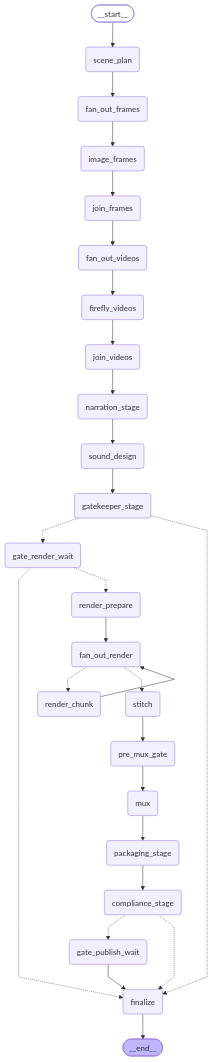
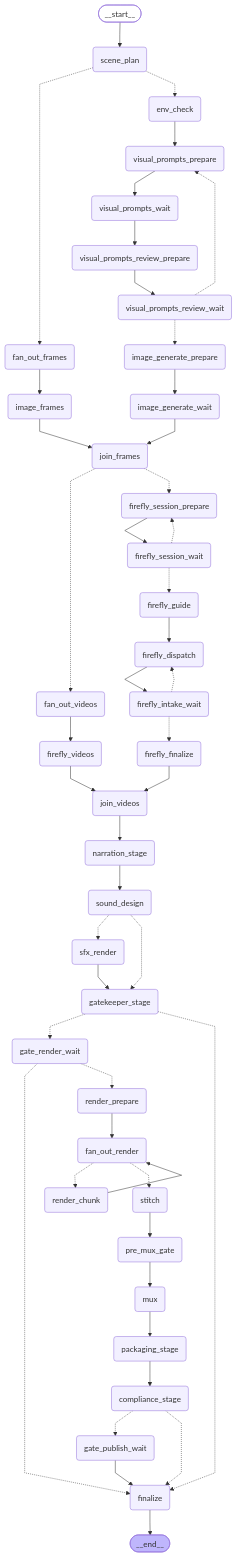
One commit to vickhenriqueztorres-source/hsl-video-studio changed the diagram in docs/graph/production.mmd. Above: the diagram before and after it, drawn with Mermaid. The commit also changed 36 other files, not shown here.

Commit message:
phase2: add real Kling media graph

```diff
--- a/docs/graph/production.mmd
+++ b/docs/graph/production.mmd
@@ -1,54 +1,88 @@
 %%{init: {'flowchart': {'curve': 'linear'}}}%%
 graph TD;
 	__start__([<p>__start__</p>]):::first
 	scene_plan(scene_plan)
+	env_check(env_check)
+	visual_prompts_prepare(visual_prompts_prepare)
+	visual_prompts_wait(visual_prompts_wait)
+	visual_prompts_review_prepare(visual_prompts_review_prepare)
+	visual_prompts_review_wait(visual_prompts_review_wait)
+	image_generate_prepare(image_generate_prepare)
+	image_generate_wait(image_generate_wait)
 	fan_out_frames(fan_out_frames)
 	image_frames(image_frames)
 	join_frames(join_frames)
+	firefly_session_prepare(firefly_session_prepare)
+	firefly_session_wait(firefly_session_wait)
+	firefly_guide(firefly_guide)
+	firefly_dispatch(firefly_dispatch)
+	firefly_intake_wait(firefly_intake_wait)
+	firefly_finalize(firefly_finalize)
 	fan_out_videos(fan_out_videos)
 	firefly_videos(firefly_videos)
 	join_videos(join_videos)
 	narration_stage(narration_stage)
 	sound_design(sound_design)
+	sfx_render(sfx_render)
 	gatekeeper_stage(gatekeeper_stage)
 	gate_render_wait(gate_render_wait)
 	render_prepare(render_prepare)
 	fan_out_render(fan_out_render)
 	render_chunk(render_chunk)
 	stitch(stitch)
 	pre_mux_gate(pre_mux_gate)
 	mux(mux)
 	packaging_stage(packaging_stage)
 	compliance_stage(compliance_stage)
 	gate_publish_wait(gate_publish_wait)
 	finalize(finalize)
 	__end__([<p>__end__</p>]):::last
 	__start__ --> scene_plan;
+	env_check --> visual_prompts_prepare;
 	fan_out_frames --> image_frames;
 	fan_out_videos --> firefly_videos;
 	finalize --> __end__;
+	firefly_dispatch --> firefly_intake_wait;
+	firefly_finalize --> join_videos;
+	firefly_guide --> firefly_dispatch;
+	firefly_session_prepare --> firefly_session_wait;
 	firefly_videos --> join_videos;
 	gate_publish_wait --> finalize;
 	image_frames --> join_frames;
-	join_frames --> fan_out_videos;
+	image_generate_prepare --> image_generate_wait;
+	image_generate_wait --> join_frames;
 	join_videos --> narration_stage;
 	mux --> packaging_stage;
 	narration_stage --> sound_design;
 	packaging_stage --> compliance_stage;
 	pre_mux_gate --> mux;
 	render_chunk --> fan_out_render;
 	render_prepare --> fan_out_render;
-	scene_plan --> fan_out_frames;
-	sound_design --> gatekeeper_stage;
+	sfx_render --> gatekeeper_stage;
 	stitch --> pre_mux_gate;
+	visual_prompts_prepare --> visual_prompts_wait;
+	visual_prompts_review_prepare --> visual_prompts_review_wait;
+	visual_prompts_wait --> visual_prompts_review_prepare;
+	scene_plan -.-> fan_out_frames;
+	scene_plan -.-> env_check;
+	visual_prompts_review_wait -.-> visual_prompts_prepare;
+	visual_prompts_review_wait -.-> image_generate_prepare;
+	join_frames -.-> fan_out_videos;
+	join_frames -.-> firefly_session_prepare;
+	firefly_session_wait -.-> firefly_guide;
+	firefly_session_wait -.-> firefly_session_prepare;
+	firefly_intake_wait -.-> firefly_dispatch;
+	firefly_intake_wait -.-> firefly_finalize;
+	sound_design -.-> sfx_render;
+	sound_design -.-> gatekeeper_stage;
 	gatekeeper_stage -.-> gate_render_wait;
 	gatekeeper_stage -.-> finalize;
 	gate_render_wait -.-> finalize;
 	gate_render_wait -.-> render_prepare;
 	fan_out_render -.-> render_chunk;
 	fan_out_render -.-> stitch;
 	compliance_stage -.-> gate_publish_wait;
 	compliance_stage -.-> finalize;
 	classDef default fill:#f2f0ff,line-height:1.2;
 	classDef first fill-opacity:0;
 	classDef last fill:#bfb6fc;
```
